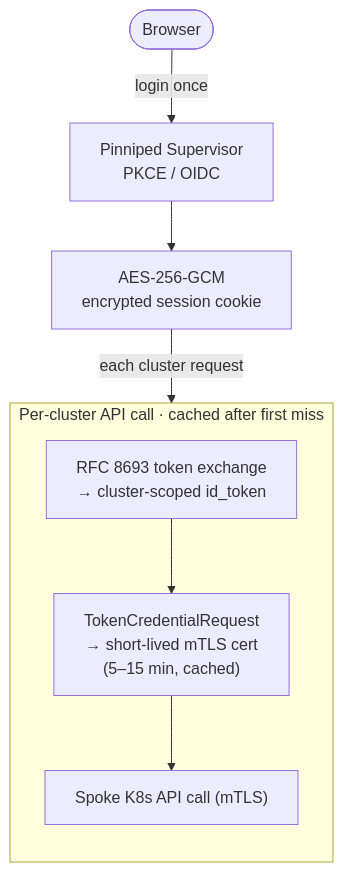
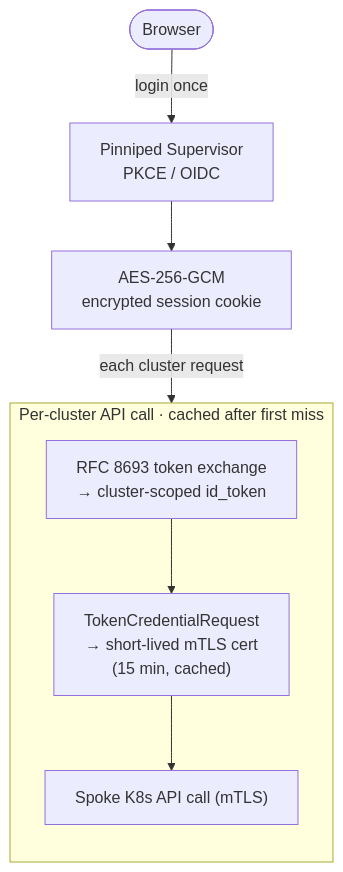
The second of 7 diagrams in docs/architecture.md (wxops/wxops-portal), drawn with Mermaid before and after one commit. The commit also changed other lines of this file and 75 other files, not shown here.

````diff
--- a/docs/architecture.md
+++ b/docs/architecture.md
@@ -7,19 +102,19 @@
 ```mermaid
 flowchart TD
     B(["Browser"])
     PS["Pinniped Supervisor\nPKCE / OIDC"]
     SC["AES-256-GCM\nencrypted session cookie"]
 
     B -->|"login once"| PS
     PS --> SC
 
     subgraph perCluster["Per-cluster API call · cached after first miss"]
-        direction TD
+        direction TB
         TE["RFC 8693 token exchange\n→ cluster-scoped id_token"]
-        TCR["TokenCredentialRequest\n→ short-lived mTLS cert\n(5–15 min, cached)"]
+        TCR["TokenCredentialRequest\n→ short-lived mTLS cert\n(15 min, cached)"]
         K8S["Spoke K8s API call (mTLS)"]
         TE --> TCR --> K8S
     end
 
     SC -->|"each cluster request"| perCluster
 ```
````
